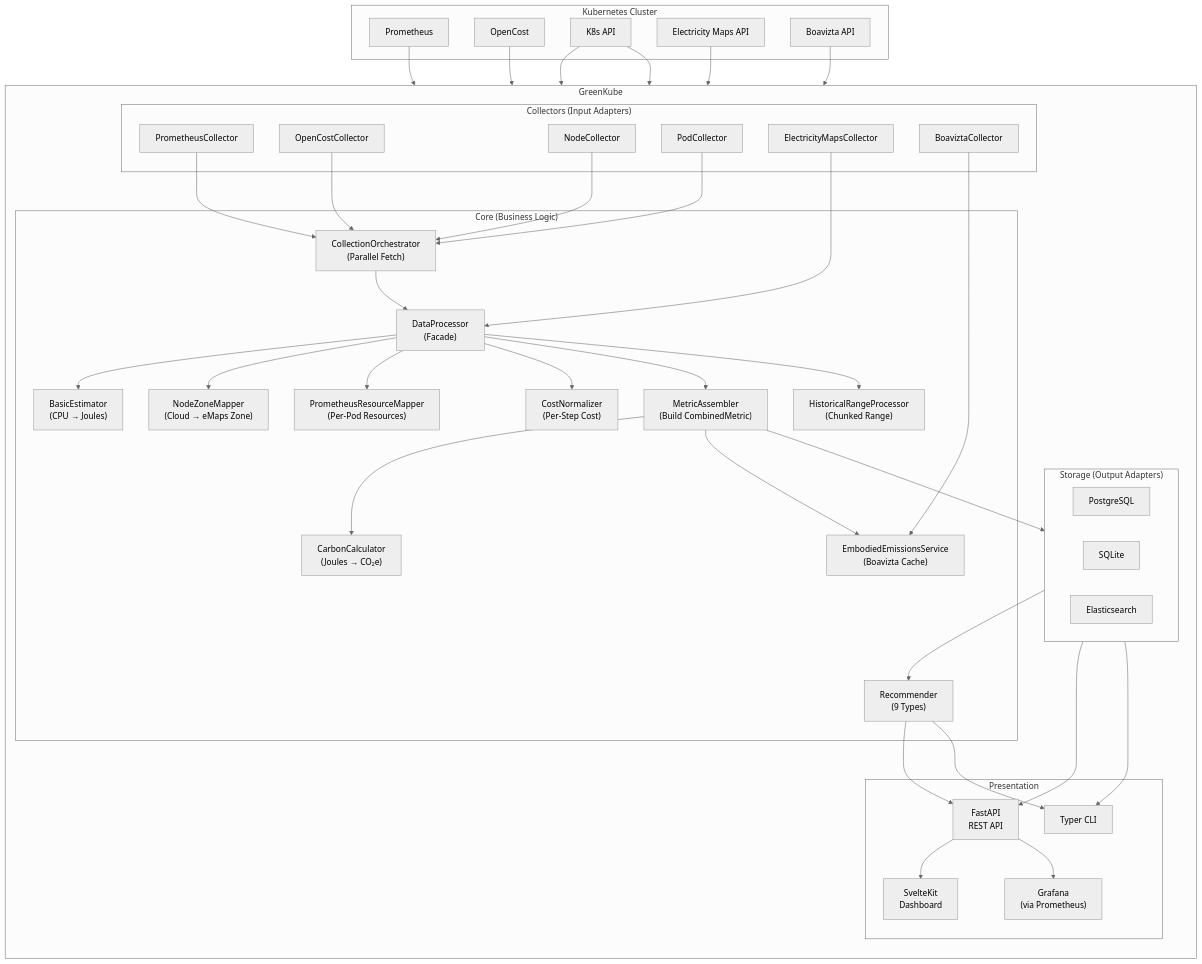
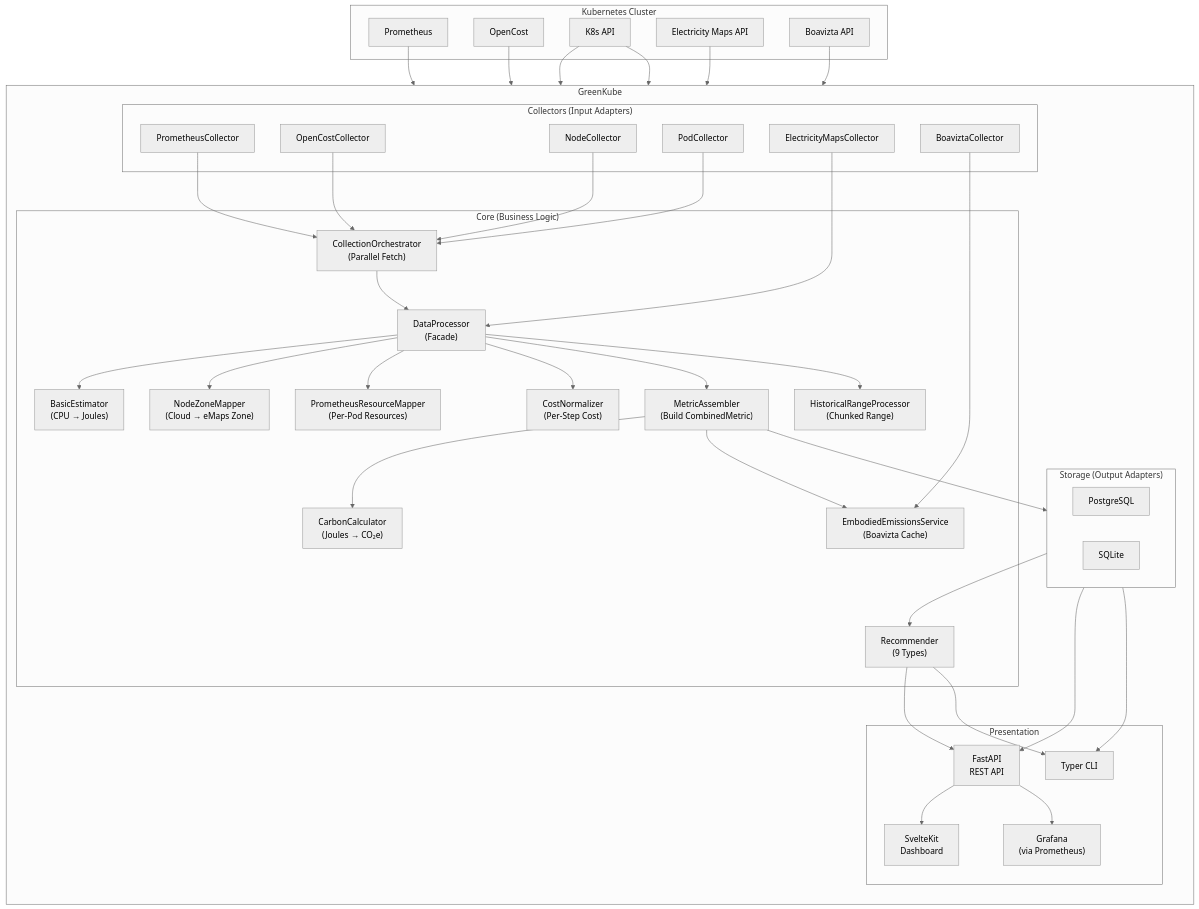
One commit to GreenKubeCloud/GreenKube changed the diagram in docs/architecture.md. Above: the diagram before and after it, drawn with Mermaid (neutral theme). The commit also changed other lines of this file and 34 other files, not shown here.

```diff
--- a/docs/architecture.md
+++ b/docs/architecture.md
@@ -42,7 +42,6 @@
         subgraph Storage["Storage (Output Adapters)"]
             PG["PostgreSQL"]
             SQLite["SQLite"]
-            Elastic["Elasticsearch"]
         end
 
         subgraph Presentation["Presentation"]
```
